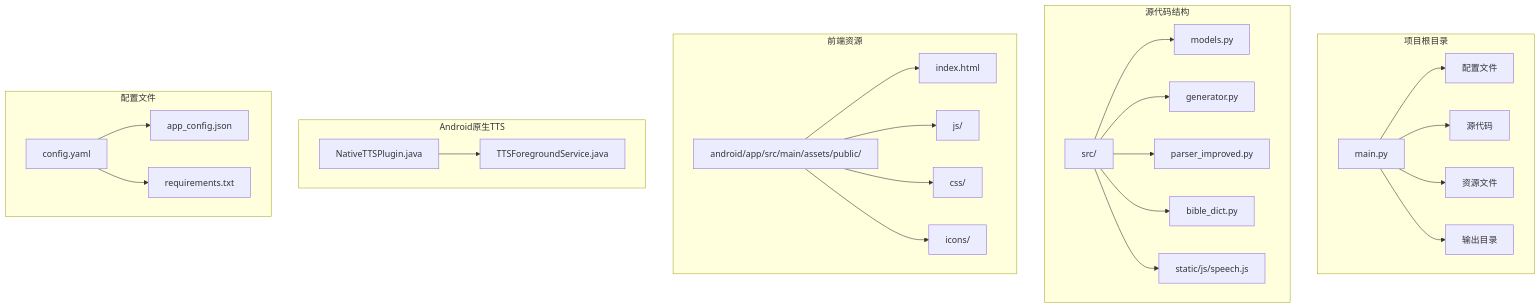
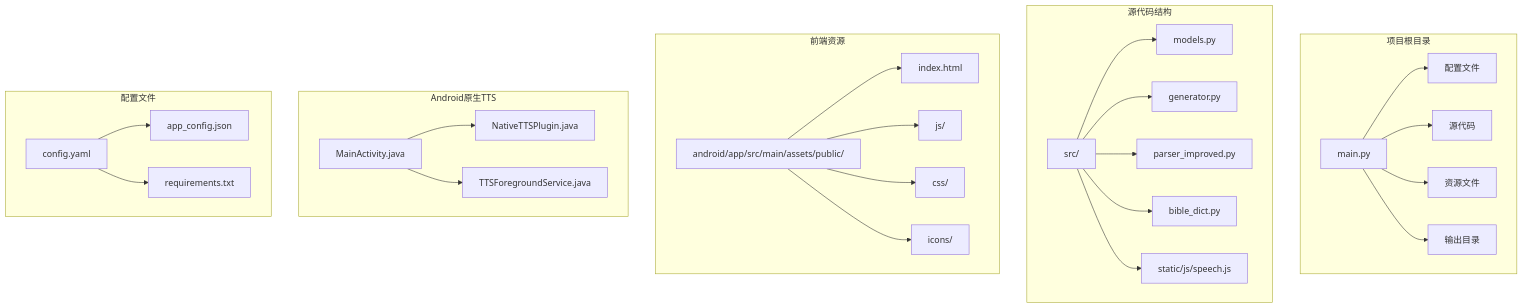
The first of 9 diagrams in .qoder/repowiki/zh/content/移动应用开发/TTS静态实例管理系统.md (zhao-zg/cx), drawn with Mermaid before and after one commit. The commit also changed other lines of this file and 30 other files, not shown here.

````diff
--- a/.qoder/repowiki/zh/content/移动应用开发/TTS静态实例管理系统.md
+++ b/.qoder/repowiki/zh/content/移动应用开发/TTS静态实例管理系统.md
@@ -48,29 +49,30 @@
 ```mermaid
 graph TB
 subgraph "项目根目录"
 A[main.py] --> B[配置文件]
 A --> C[源代码]
 A --> D[资源文件]
 A --> E[输出目录]
 end
 subgraph "源代码结构"
 C1[src/] --> C2[models.py]
 C1 --> C3[generator.py]
 C1 --> C4[parser_improved.py]
 C1 --> C5[bible_dict.py]
 C1 --> C6[static/js/speech.js]
 end
 subgraph "前端资源"
 F[android/app/src/main/assets/public/] --> G[index.html]
 F --> H[js/]
 F --> I[css/]
 F --> J[icons/]
 end
 subgraph "Android原生TTS"
-K[NativeTTSPlugin.java] --> L[TTSForegroundService.java]
+K[MainActivity.java] --> L[NativeTTSPlugin.java]
+K --> M[TTSForegroundService.java]
 end
 subgraph "配置文件"
 B1[config.yaml] --> B2[app_config.json]
 B1 --> B3[requirements.txt]
 end
 ```
````
